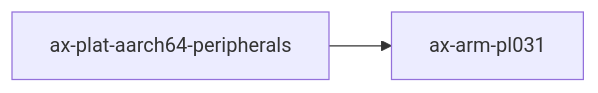
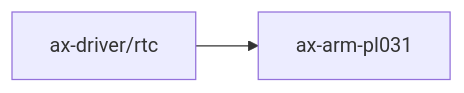
The third of 3 diagrams in docs/docs/components/crates/ax-arm-pl031.md (rcore-os/tgoskits), drawn with Mermaid before and after one commit. The commit also changed other lines of this file and 151 other files, not shown here.

````diff
--- a/docs/docs/components/crates/ax-arm-pl031.md
+++ b/docs/docs/components/crates/ax-arm-pl031.md
@@ -197,5 +194,5 @@
 ```mermaid
 graph LR
     current["ax-arm-pl031"]
-    ax_plat_aarch64_peripherals["ax-plat-aarch64-peripherals"] --> current
+    ax_driver_rtc["ax-driver/rtc"] --> current
 ```
````
